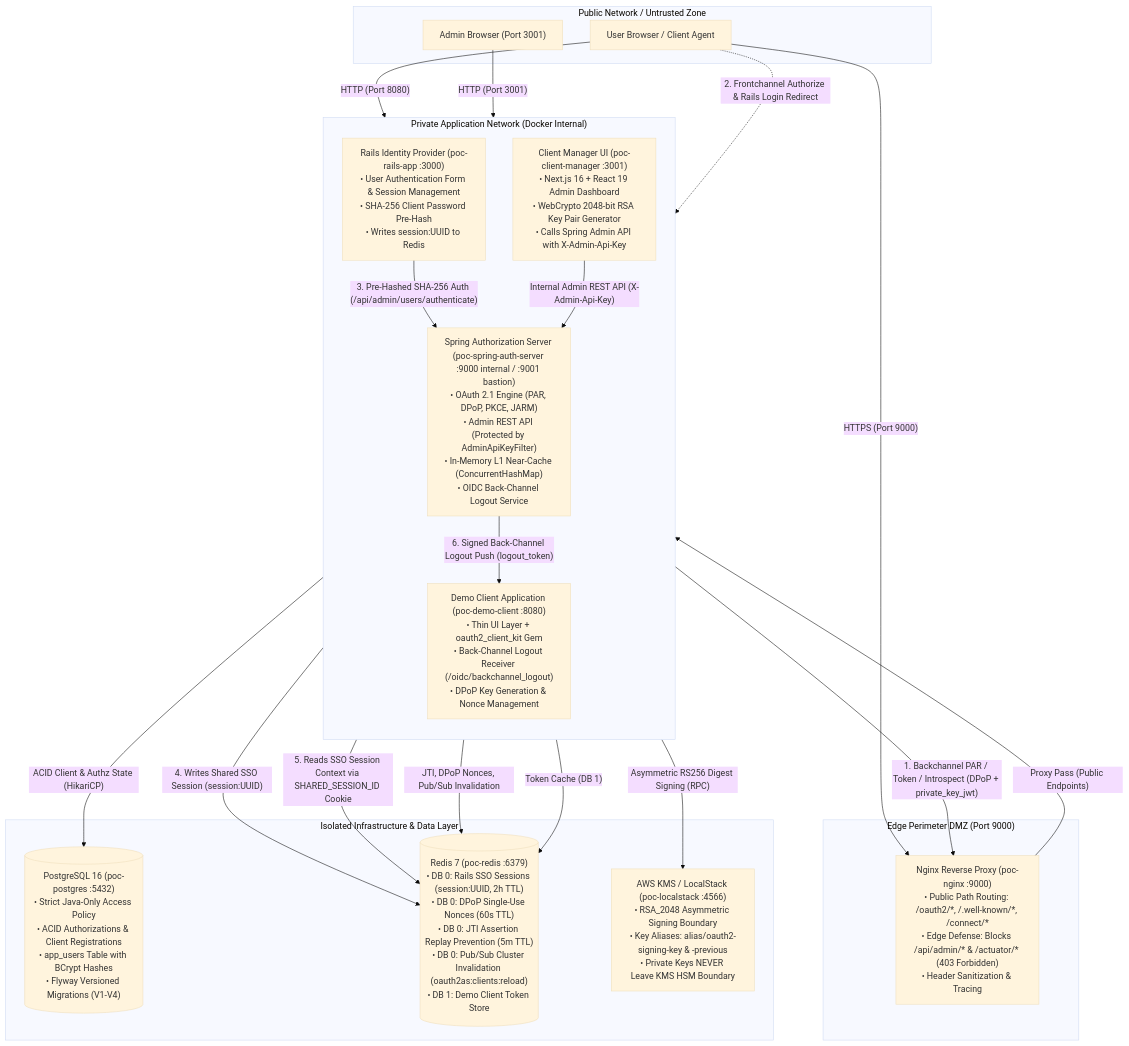
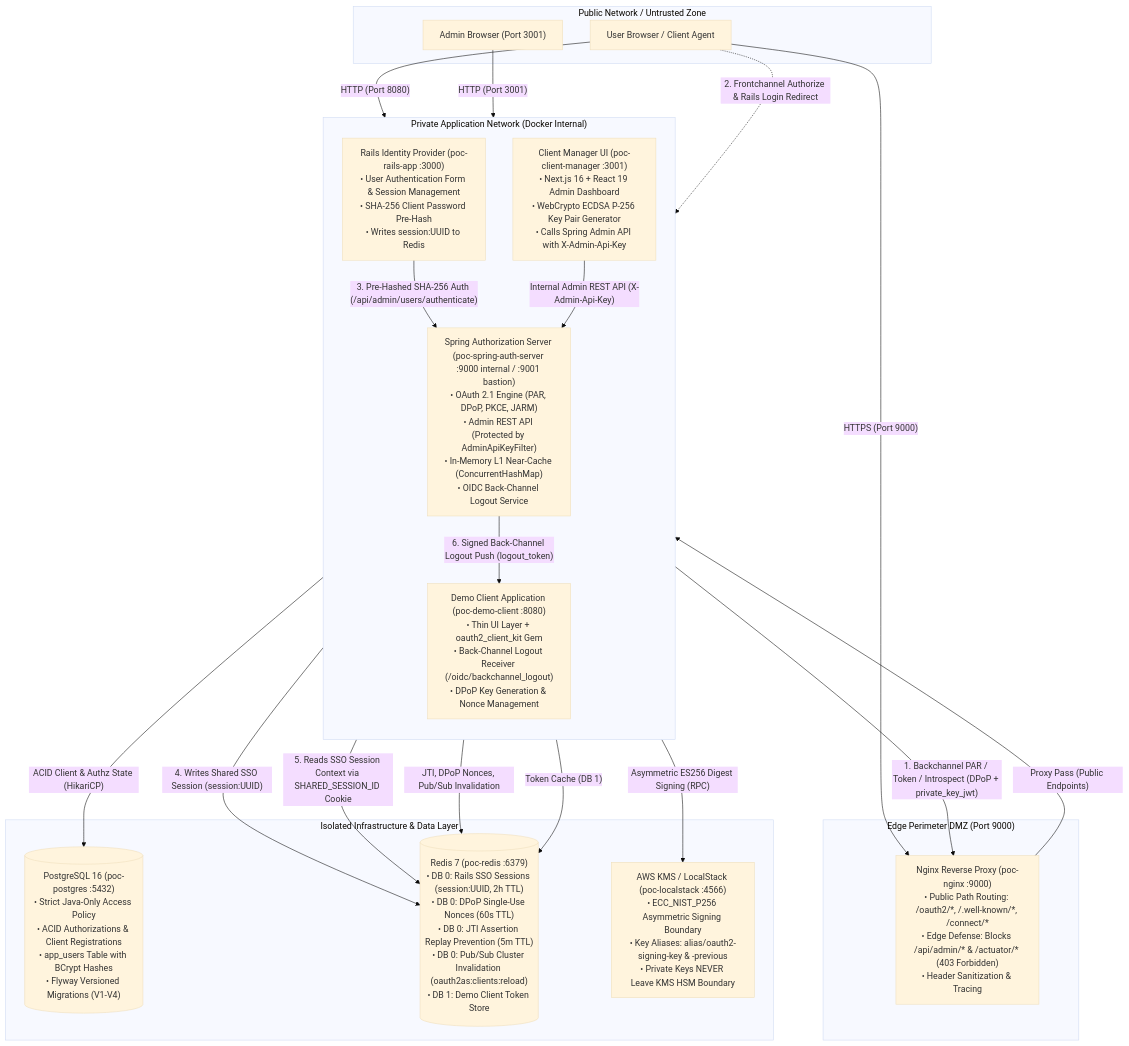
Before and after one commit to shoeyn/oauth-server: the second of 7 diagrams in README.md, drawn with Mermaid (base theme). The commit also changed other lines of this file and 48 other files, not shown here.

````diff
--- a/README.md
+++ b/README.md
@@ -74,48 +308,48 @@
 ```mermaid
 flowchart TD
     subgraph Internet ["Public Network / Untrusted Zone"]
         UserBrowser["User Browser / Client Agent"]
         AdminBrowser["Admin Browser (Port 3001)"]
     end
 
     subgraph DMZ ["Edge Perimeter DMZ (Port 9000)"]
         Nginx["Nginx Reverse Proxy (poc-nginx :9000)<br/>• Public Path Routing: /oauth2/*, /.well-known/*, /connect/*<br/>• Edge Defense: Blocks /api/admin/* & /actuator/* (403 Forbidden)<br/>• Header Sanitization & Tracing"]
     end
 
     subgraph AppNet ["Private Application Network (Docker Internal)"]
         direction TB
         SpringAS["Spring Authorization Server (poc-spring-auth-server :9000 internal / :9001 bastion)<br/>• OAuth 2.1 Engine (PAR, DPoP, PKCE, JARM)<br/>• Admin REST API (Protected by AdminApiKeyFilter)<br/>• In-Memory L1 Near-Cache (ConcurrentHashMap)<br/>• OIDC Back-Channel Logout Service"]
         RailsIdp["Rails Identity Provider (poc-rails-app :3000)<br/>• User Authentication Form & Session Management<br/>• SHA-256 Client Password Pre-Hash<br/>• Writes session:UUID to Redis"]
         DemoClient["Demo Client Application (poc-demo-client :8080)<br/>• Thin UI Layer + oauth2_client_kit Gem<br/>• Back-Channel Logout Receiver (/oidc/backchannel_logout)<br/>• DPoP Key Generation & Nonce Management"]
-        ClientManager["Client Manager UI (poc-client-manager :3001)<br/>• Next.js 16 + React 19 Admin Dashboard<br/>• WebCrypto 2048-bit RSA Key Pair Generator<br/>• Calls Spring Admin API with X-Admin-Api-Key"]
+        ClientManager["Client Manager UI (poc-client-manager :3001)<br/>• Next.js 16 + React 19 Admin Dashboard<br/>• WebCrypto ECDSA P-256 Key Pair Generator<br/>• Calls Spring Admin API with X-Admin-Api-Key"]
     end
 
     subgraph DataNet ["Isolated Infrastructure & Data Layer"]
         Postgres[("PostgreSQL 16 (poc-postgres :5432)<br/>• Strict Java-Only Access Policy<br/>• ACID Authorizations & Client Registrations<br/>• app_users Table with BCrypt Hashes<br/>• Flyway Versioned Migrations (V1-V4)")]
         Redis[("Redis 7 (poc-redis :6379)<br/>• DB 0: Rails SSO Sessions (session:UUID, 2h TTL)<br/>• DB 0: DPoP Single-Use Nonces (60s TTL)<br/>• DB 0: JTI Assertion Replay Prevention (5m TTL)<br/>• DB 0: Pub/Sub Cluster Invalidation (oauth2as:clients:reload)<br/>• DB 1: Demo Client Token Store")]
-        KMS["AWS KMS / LocalStack (poc-localstack :4566)<br/>• RSA_2048 Asymmetric Signing Boundary<br/>• Key Aliases: alias/oauth2-signing-key & -previous<br/>• Private Keys NEVER Leave KMS HSM Boundary"]
+        KMS["AWS KMS / LocalStack (poc-localstack :4566)<br/>• ECC_NIST_P256 Asymmetric Signing Boundary<br/>• Key Aliases: alias/oauth2-signing-key & -previous<br/>• Private Keys NEVER Leave KMS HSM Boundary"]
     end
 
     %% External traffic
     UserBrowser -->|"HTTPS (Port 9000)"| Nginx
     UserBrowser -->|"HTTP (Port 8080)"| DemoClient
     AdminBrowser -->|"HTTP (Port 3001)"| ClientManager
 
     %% Edge Proxy forwards
     Nginx -->|"Proxy Pass (Public Endpoints)"| SpringAS
 
     %% App Interactions
     DemoClient -->|"1. Backchannel PAR / Token / Introspect (DPoP + private_key_jwt)"| Nginx
     UserBrowser -.->|"2. Frontchannel Authorize & Rails Login Redirect"| RailsIdp
     RailsIdp -->|"3. Pre-Hashed SHA-256 Auth (/api/admin/users/authenticate)"| SpringAS
     RailsIdp -->|"4. Writes Shared SSO Session (session:UUID)"| Redis
     SpringAS -->|"5. Reads SSO Session Context via SHARED_SESSION_ID Cookie"| Redis
     SpringAS -->|"6. Signed Back-Channel Logout Push (logout_token)"| DemoClient
     ClientManager -->|"Internal Admin REST API (X-Admin-Api-Key)"| SpringAS
 
     %% Persistence
     SpringAS -->|"ACID Client & Authz State (HikariCP)"| Postgres
     SpringAS -->|"JTI, DPoP Nonces, Pub/Sub Invalidation"| Redis
-    SpringAS -->|"Asymmetric RS256 Digest Signing (RPC)"| KMS
+    SpringAS -->|"Asymmetric ES256 Digest Signing (RPC)"| KMS
     DemoClient -->|"Token Cache (DB 1)"| Redis
 ```
````
